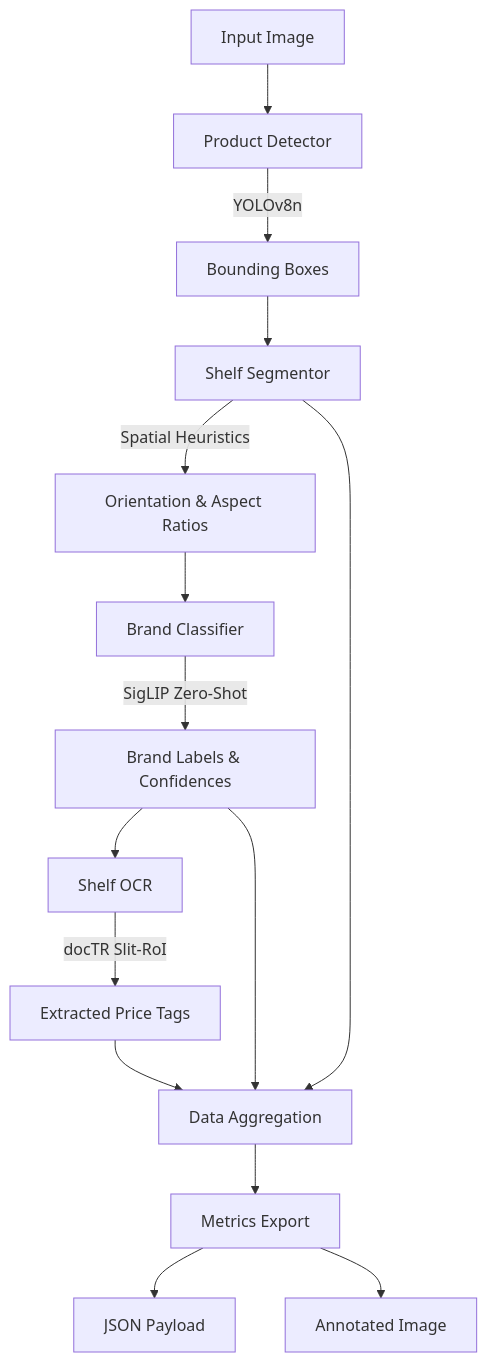
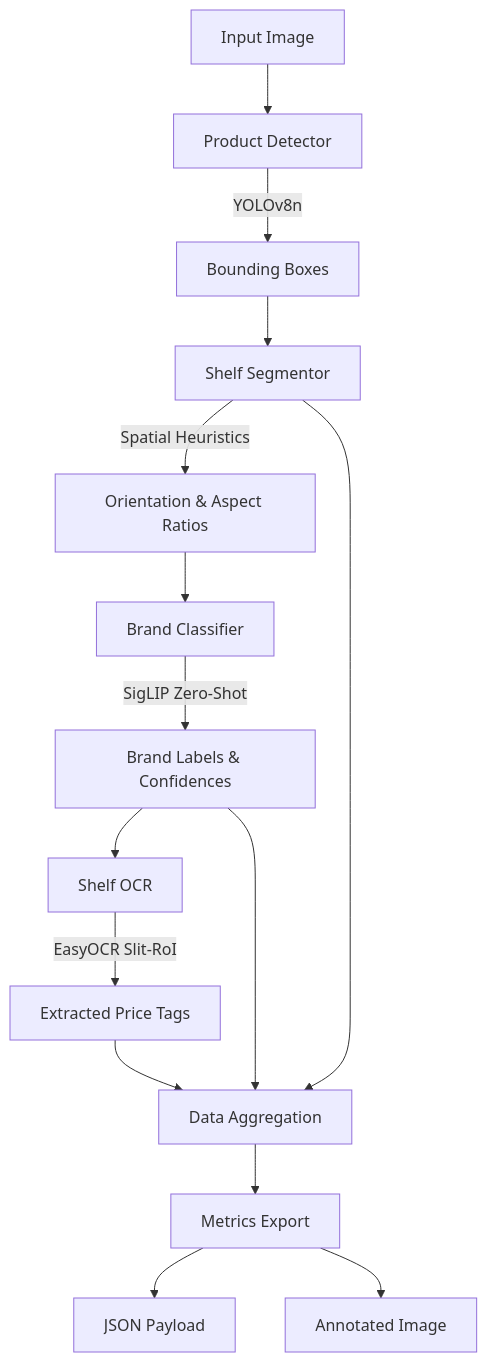
One commit to Saichandra30/Retail-Shelf-Intelligence-Platform changed the diagram in README.md. Above: the diagram before and after it, drawn with Mermaid. The commit also changed other lines of this file and 1 other file, not shown here.

Commit message:
Fix requirements, README, and pipeline SyntaxError

````diff
--- a/README.md
+++ b/README.md
@@ -52,22 +52,22 @@
 ```mermaid
 graph TD
     A[Input Image] --> B[Product Detector]
     B -->|YOLOv8n| C[Bounding Boxes]
     
     C --> D[Shelf Segmentor]
     D -->|Spatial Heuristics| E[Orientation & Aspect Ratios]
     
     E --> F[Brand Classifier]
     F -->|SigLIP Zero-Shot| G[Brand Labels & Confidences]
     
     G --> H[Shelf OCR]
-    H -->|docTR Slit-RoI| I[Extracted Price Tags]
+    H -->|EasyOCR Slit-RoI| I[Extracted Price Tags]
     
     I --> J[Data Aggregation]
     G --> J
     D --> J
     
     J --> K[Metrics Export]
     K --> L[JSON Payload]
     K --> M[Annotated Image]
 ```
````
